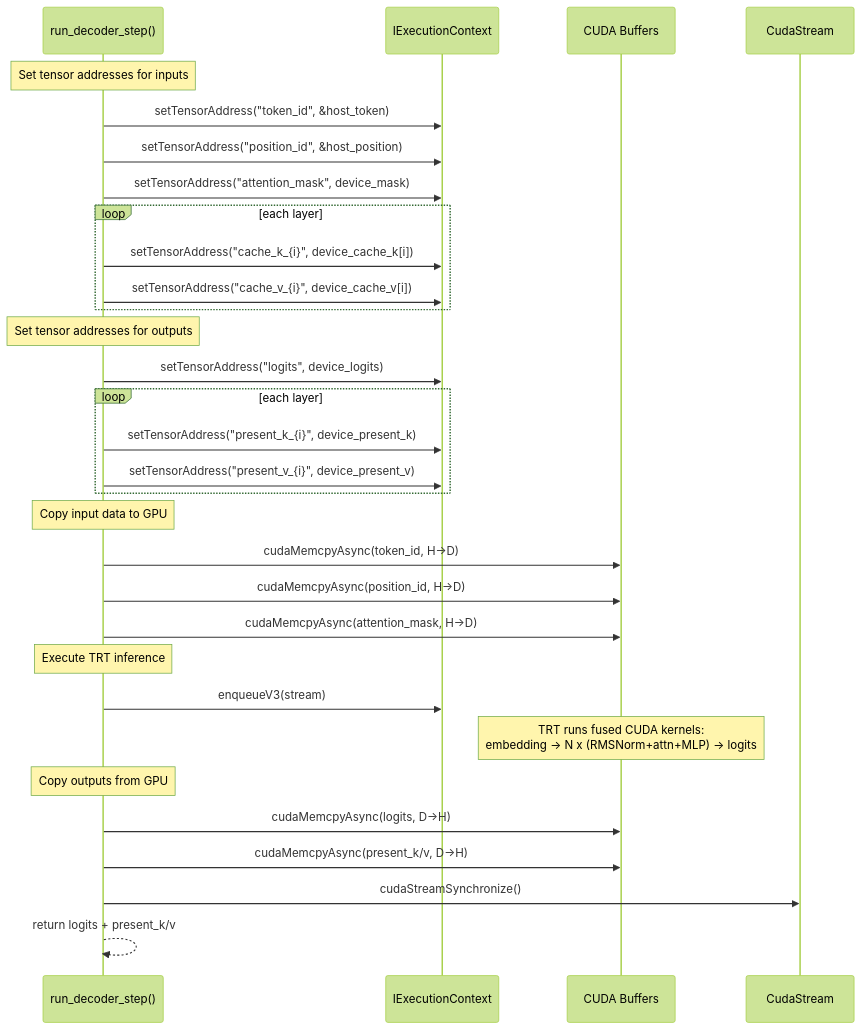
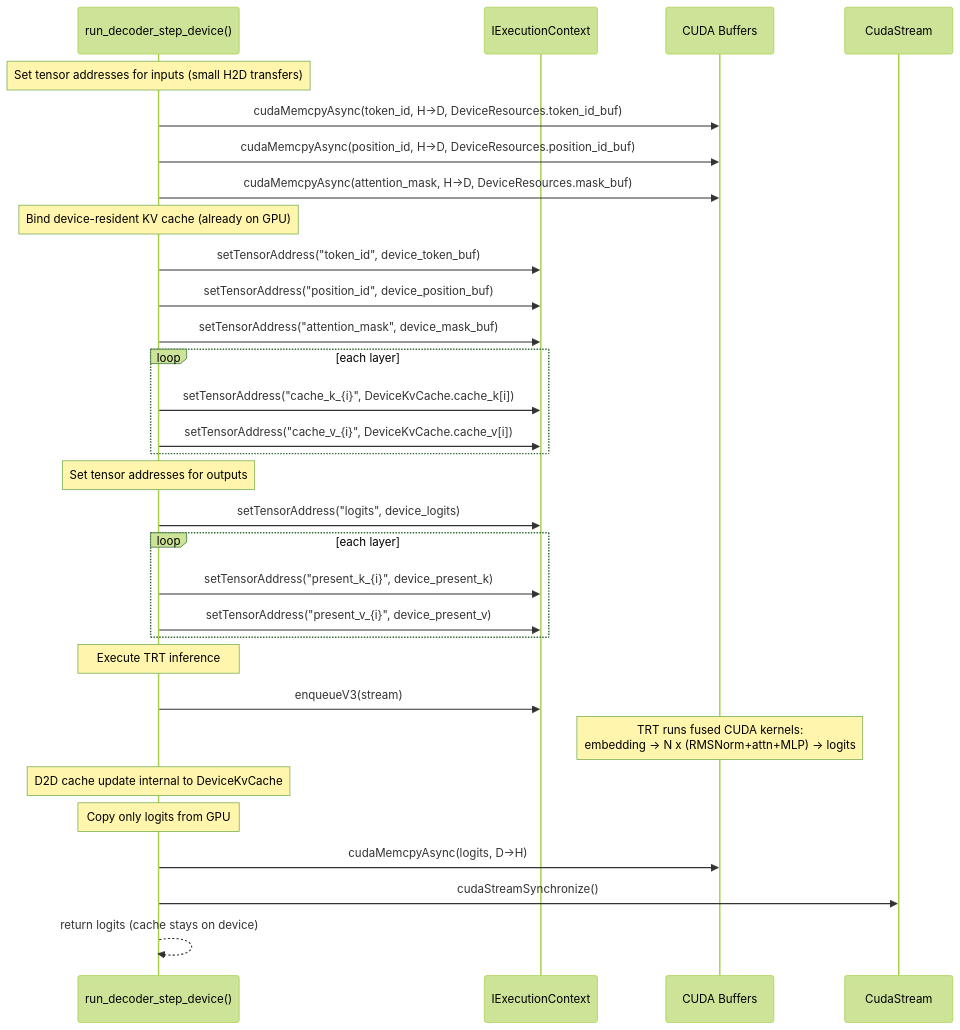
The fourth of 5 diagrams in docs/wiki/Dynamic-Design.md (AbishekCoder1/TensorRT-Model-Connect), drawn with Mermaid (forest theme) before and after one commit. The commit also changed other lines of this file and 27 other files, not shown here.

````diff
--- a/docs/wiki/Dynamic-Design.md
+++ b/docs/wiki/Dynamic-Design.md
@@ -182,39 +180,39 @@
 ```mermaid
 sequenceDiagram
-    participant RT as run_decoder_step()
+    participant RT as run_decoder_step_device()
     participant Ctx as IExecutionContext
     participant GPU as CUDA Buffers
     participant Stream as CudaStream
 
-    Note over RT: Set tensor addresses for inputs
-    RT->>Ctx: setTensorAddress("token_id", &host_token)
-    RT->>Ctx: setTensorAddress("position_id", &host_position)
-    RT->>Ctx: setTensorAddress("attention_mask", device_mask)
+    Note over RT: Set tensor addresses for inputs (small H2D transfers)
+    RT->>GPU: cudaMemcpyAsync(token_id, H->D, DeviceResources.token_id_buf)
+    RT->>GPU: cudaMemcpyAsync(position_id, H->D, DeviceResources.position_id_buf)
+    RT->>GPU: cudaMemcpyAsync(attention_mask, H->D, DeviceResources.mask_buf)
+
+    Note over RT: Bind device-resident KV cache (already on GPU)
+    RT->>Ctx: setTensorAddress("token_id", device_token_buf)
+    RT->>Ctx: setTensorAddress("position_id", device_position_buf)
+    RT->>Ctx: setTensorAddress("attention_mask", device_mask_buf)
     loop each layer
-        RT->>Ctx: setTensorAddress("cache_k_{i}", device_cache_k[i])
-        RT->>Ctx: setTensorAddress("cache_v_{i}", device_cache_v[i])
+        RT->>Ctx: setTensorAddress("cache_k_{i}", DeviceKvCache.cache_k[i])
+        RT->>Ctx: setTensorAddress("cache_v_{i}", DeviceKvCache.cache_v[i])
     end
 
     Note over RT: Set tensor addresses for outputs
     RT->>Ctx: setTensorAddress("logits", device_logits)
     loop each layer
         RT->>Ctx: setTensorAddress("present_k_{i}", device_present_k)
         RT->>Ctx: setTensorAddress("present_v_{i}", device_present_v)
     end
 
-    Note over RT: Copy input data to GPU
-    RT->>GPU: cudaMemcpyAsync(token_id, H->D)
-    RT->>GPU: cudaMemcpyAsync(position_id, H->D)
-    RT->>GPU: cudaMemcpyAsync(attention_mask, H->D)
-
     Note over RT: Execute TRT inference
     RT->>Ctx: enqueueV3(stream)
     Note over GPU: TRT runs fused CUDA kernels:<br/>embedding -> N x (RMSNorm+attn+MLP) -> logits
 
-    Note over RT: Copy outputs from GPU
+    Note over RT: D2D cache update internal to DeviceKvCache
+    Note over RT: Copy only logits from GPU
     RT->>GPU: cudaMemcpyAsync(logits, D->H)
-    RT->>GPU: cudaMemcpyAsync(present_k/v, D->H)
     RT->>Stream: cudaStreamSynchronize()
 
-    RT-->>RT: return logits + present_k/v
+    RT-->>RT: return logits (cache stays on device)
 ```
````
